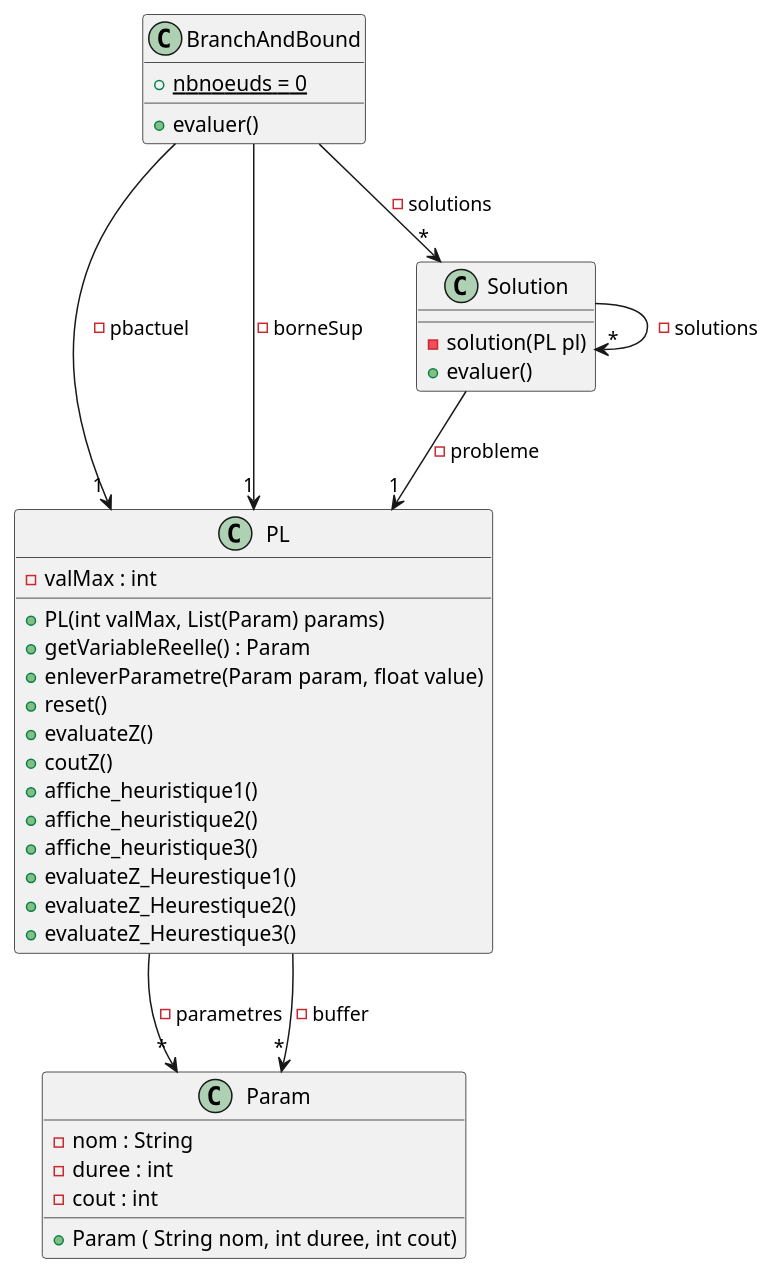
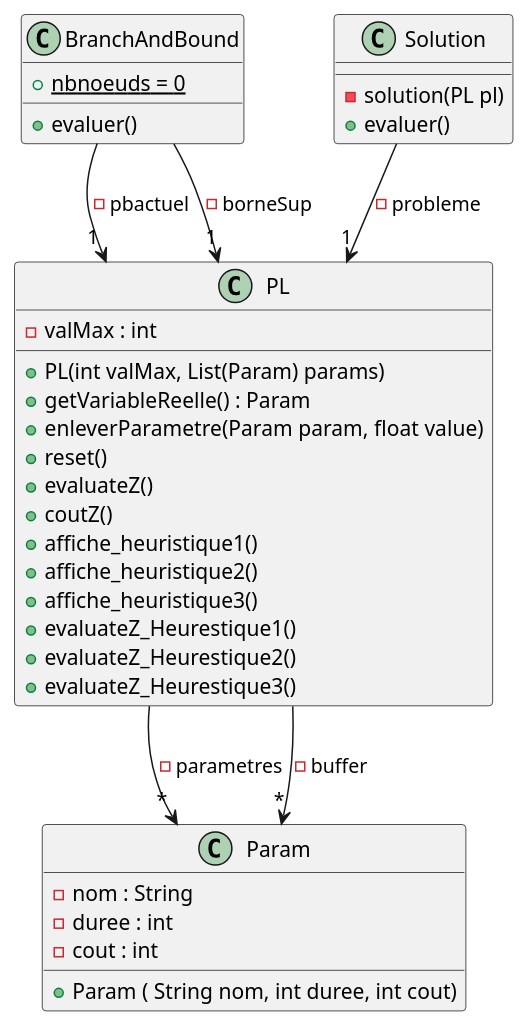
Before and after one commit to Reynault/Optimisation: the diagram in classes.puml, drawn with PlantUML. The commit also changed 3 other files, not shown here.

```diff
--- a/classes.puml
+++ b/classes.puml
@@ -1,46 +1,44 @@
 @startuml
 
 class PL{
     - valMax : int
     + PL(int valMax, List(Param) params)
     + getVariableReelle() : Param
     + enleverParametre(Param param, float value)
     + reset()
     + evaluateZ()
     + coutZ()
     + affiche_heuristique1()
     + affiche_heuristique2()
     + affiche_heuristique3()
     + evaluateZ_Heurestique1()
     + evaluateZ_Heurestique2()
     + evaluateZ_Heurestique3()
 }
 
 class Param{
     - nom : String
     - duree : int
     - cout : int
     + Param ( String nom, int duree, int cout)
 }
  
 class BranchAndBound{
     + {static} nbnoeuds = 0
     + evaluer()
 }
 
 class Solution{
     - solution(PL pl)
     + evaluer()
 }
 
 PL  --> "*" Param : - parametres
 PL --> "*" Param : - buffer
 
-BranchAndBound --> "*" Solution : - solutions
 BranchAndBound --> "1" PL : - pbactuel
 BranchAndBound --> "1" PL : - borneSup
 
 Solution --> "1" PL : - probleme
-Solution --> "*" Solution : - solutions
 
 @enduml
```
